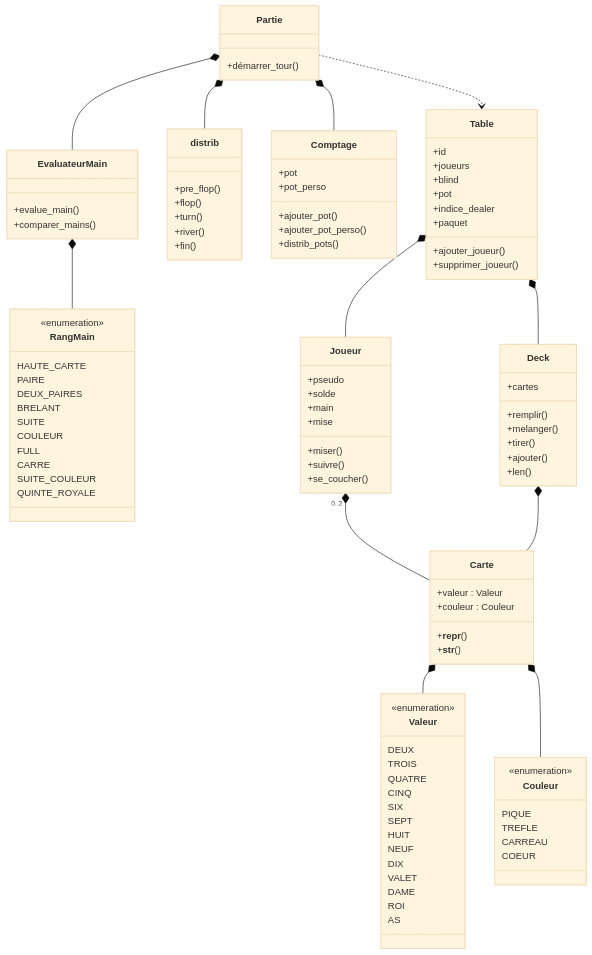
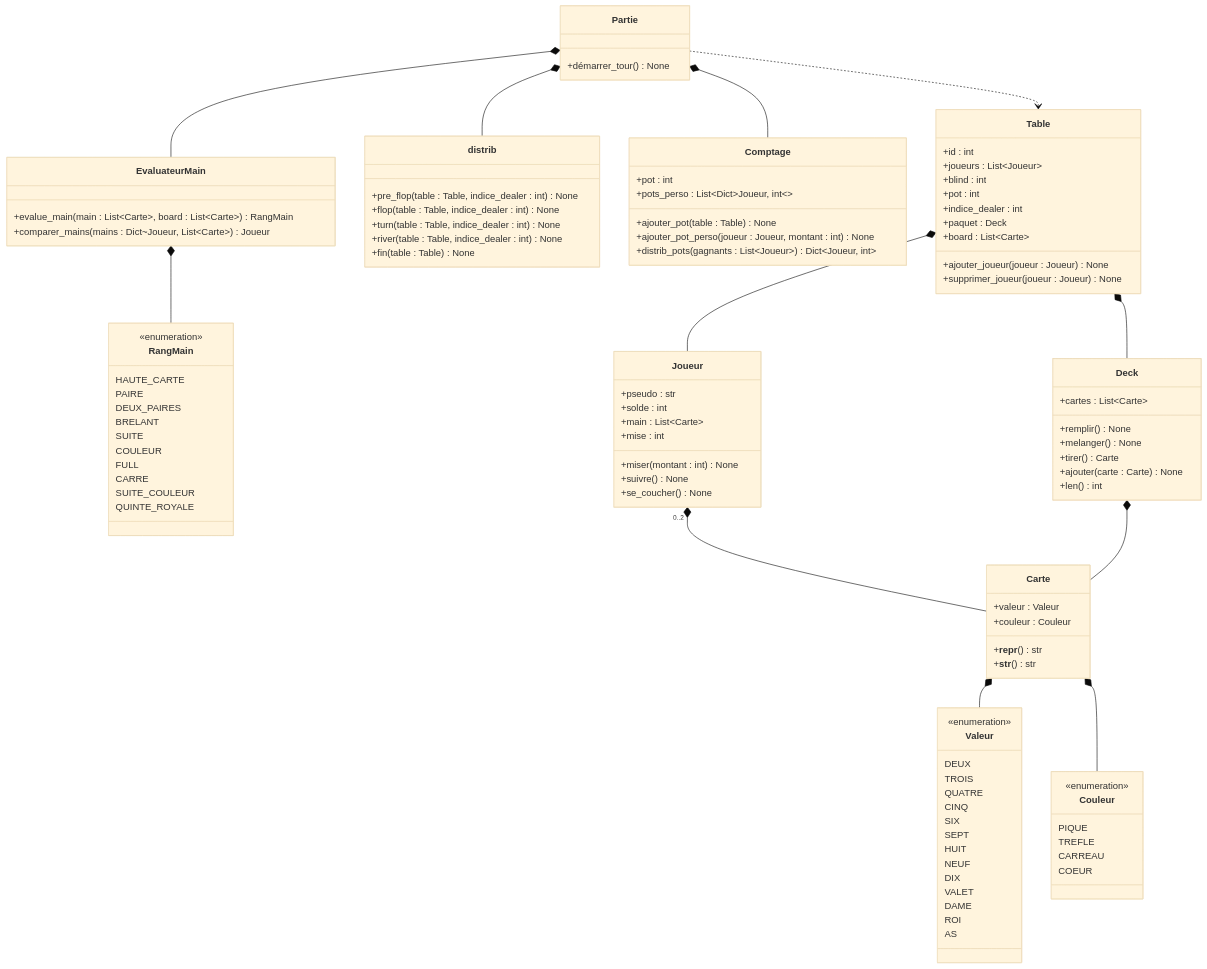
The first of 2 diagrams in doc/diag_classes.md (ArthurD19/ENSAI-2A-projet-info-groupe-9), drawn with Mermaid (base theme) before and after one commit.

Commit message:
type_uml

````diff
--- a/doc/diag_classes.md
+++ b/doc/diag_classes.md
@@ -60,63 +60,64 @@
     class Carte {
         +valeur : Valeur
         +couleur : Couleur
-        +__repr__()
-        +__str__()
+        +__repr__() str
+        +__str__() str
     }
 
     class Deck {
-        +cartes
-        +remplir()
-        +melanger()
-        +tirer()
-        +ajouter()
-        +len()
+        +cartes : List~Carte~
+        +remplir() None
+        +melanger() None
+        +tirer() Carte
+        +ajouter(carte : Carte) None
+        +len() int
     }
 
     class Joueur {
-        +pseudo
-        +solde
-        +main
-        +mise
-        +miser()
-        +suivre()
-        +se_coucher()
+        +pseudo : str
+        +solde : int
+        +main : List~Carte~
+        +mise : int
+        +miser(montant : int) None
+        +suivre() None
+        +se_coucher() None
     }
 
     class Table {
-        +id
-        +joueurs
-        +blind
-        +pot
-        +indice_dealer
-        +paquet
-        +ajouter_joueur()
-        +supprimer_joueur()
+        +id : int
+        +joueurs : List~Joueur~
+        +blind : int
+        +pot : int
+        +indice_dealer : int
+        +paquet : Deck
+        +board : List~Carte~
+        +ajouter_joueur(joueur : Joueur) None
+        +supprimer_joueur(joueur : Joueur) None
     }
 
     class Partie {
-        +démarrer_tour()
+        +démarrer_tour() None
     }
 
     class distrib {
-        +pre_flop()
-        +flop()
-        +turn()
-        +river()
-        +fin()
+        +pre_flop(table : Table, indice_dealer : int) None
+        +flop(table : Table, indice_dealer : int) None
+        +turn(table : Table, indice_dealer : int) None
+        +river(table : Table, indice_dealer : int) None
+        +fin(table : Table) None
     }
 
     class Comptage {
-        +pot
-        +pot_perso
-        +ajouter_pot()
-        +ajouter_pot_perso()
-        +distrib_pots()
+        +pot : int
+        +pots_perso : List~Dict~Joueur, int~~
+        +ajouter_pot(table : Table) None
+        +ajouter_pot_perso(joueur : Joueur, montant : int) None
+        +distrib_pots(gagnants : List~Joueur~) Dict~Joueur, int~
     }
 
     class EvaluateurMain {
-        +evalue_main()
-        +comparer_mains()
+        +evalue_main(main : List~Carte~, board : List~Carte~) RangMain
+        +comparer_mains(mains : Dict~Joueur, List~Carte~) Joueur
     }
 
     %% Relations / hiérarchies
@@ -131,6 +132,4 @@
     Partie *-- EvaluateurMain
     Partie ..> Table
     EvaluateurMain *-- RangMain
-
-
 ```
````
